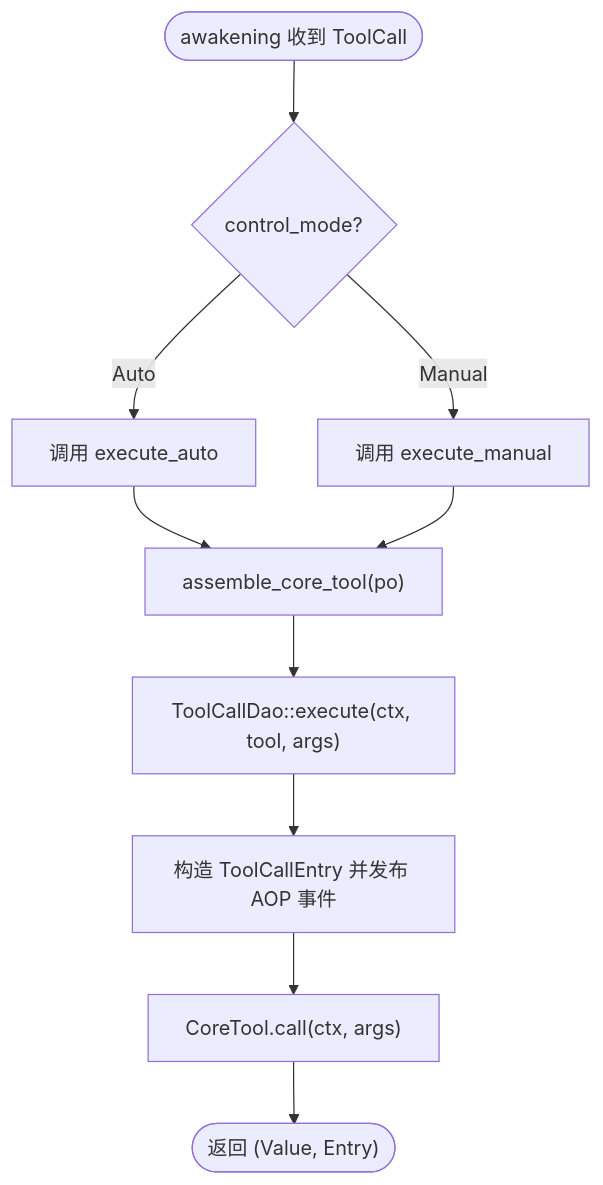
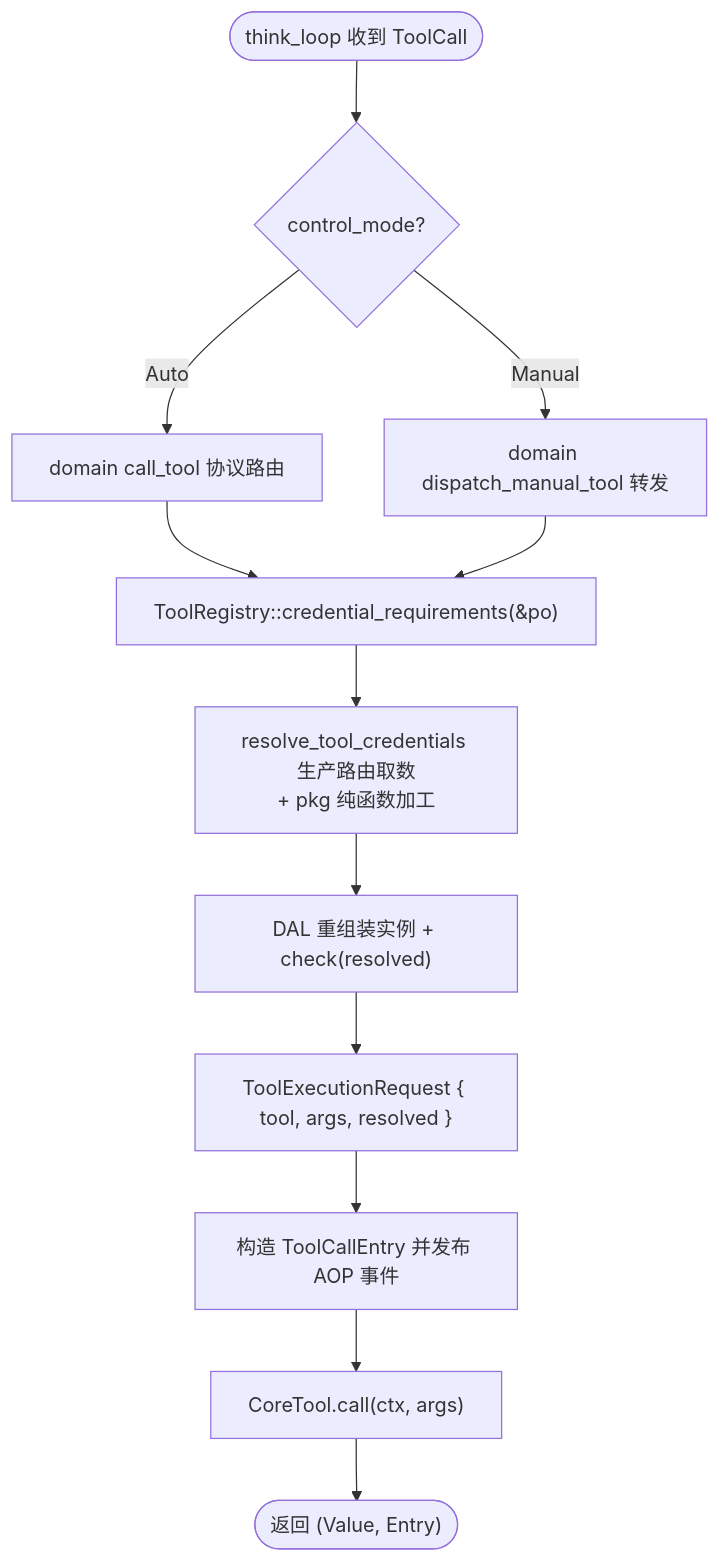
The third of 6 diagrams in docs/wiki/zh/content/项目概述/核心功能特性/统一工具调用架构/统一工具调用架构.md (runningcoders/ai_orz), drawn with Mermaid before and after one commit. The commit also changed other lines of this file and 5 other files, not shown here.

````diff
--- a/docs/wiki/zh/content/项目概述/核心功能特性/统一工具调用架构/统一工具调用架构.md
+++ b/docs/wiki/zh/content/项目概述/核心功能特性/统一工具调用架构/统一工具调用架构.md
@@ -154,12 +184,14 @@
 ```mermaid
 flowchart TD
-Start(["awakening 收到 ToolCall"]) --> CheckMode{"control_mode?"}
-CheckMode --> |Auto| ExecAuto["调用 execute_auto"]
-CheckMode --> |Manual| ExecManual["调用 execute_manual"]
-ExecAuto --> Assemble["assemble_core_tool(po)"]
-ExecManual --> Assemble
-Assemble --> Execute["ToolCallDao::execute(ctx, tool, args)"]
+Start(["think_loop 收到 ToolCall"]) --> CheckMode{"control_mode?"}
+CheckMode --> |Auto| ExecAuto["domain call_tool 协议路由"]
+CheckMode --> |Manual| ExecManual["domain dispatch_manual_tool 转发"]
+ExecAuto --> ReadReq["ToolRegistry::credential_requirements(&po)"]
+ExecManual --> ReadReq
+ReadReq --> Resolve["resolve_tool_credentials 生产路由取数<br/>+ pkg 纯函数加工"]
+Resolve --> Assemble["DAL 重组装实例 + check(resolved)"]
+Assemble --> Execute["ToolExecutionRequest { tool, args, resolved }"]
 Execute --> Decorate["构造 ToolCallEntry 并发布 AOP 事件"]
 Decorate --> CallImpl["CoreTool.call(ctx, args)"]
 CallImpl --> Return(["返回 (Value, Entry)"])
 ```
````
